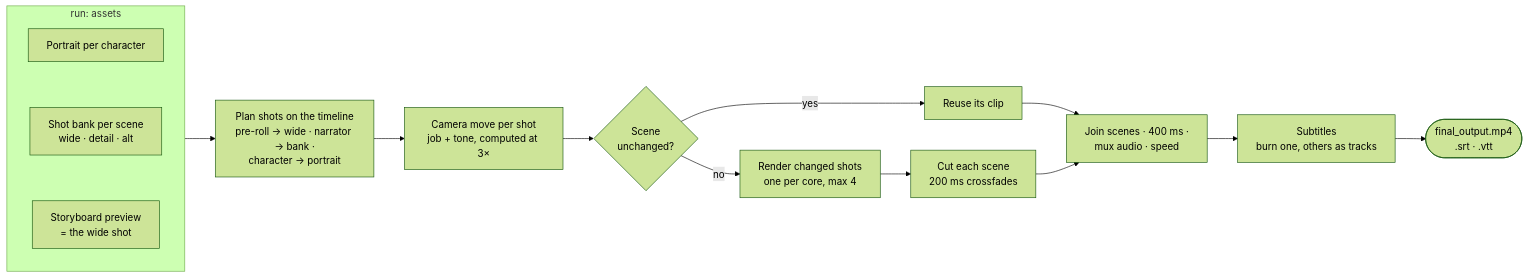
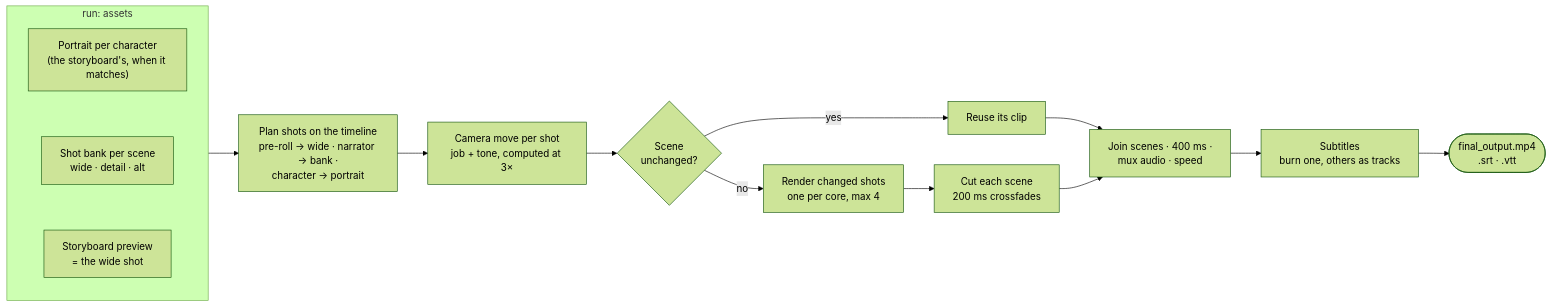
One commit to saad-dafinitiq/Project-Dastango changed the sixth of 9 diagrams in docs/AGENTS.md. Above: the diagram before and after it, drawn with Mermaid (forest theme). The commit also changed other lines of this file and 19 other files, not shown here.

````diff
--- a/docs/AGENTS.md
+++ b/docs/AGENTS.md
@@ -277,22 +277,22 @@
 ```mermaid
 flowchart LR
     subgraph assets["run: assets"]
         direction TB
-        port["Portrait per character"] ~~~ bank["Shot bank per scene<br/>wide · detail · alt"] ~~~ reuse["Storyboard preview<br/>= the wide shot"]
+        port["Portrait per character<br/>(the storyboard's, when it matches)"] ~~~ bank["Shot bank per scene<br/>wide · detail · alt"] ~~~ reuse["Storyboard preview<br/>= the wide shot"]
     end
 
     planS["Plan shots on the timeline<br/>pre-roll → wide · narrator → bank ·<br/>character → portrait"]
     move["Camera move per shot<br/>job + tone, computed at 3×"]
     sig{"Scene<br/>unchanged?"}
     keep["Reuse its clip"]
     pool["Render changed shots<br/>one per core, max 4"]
     assemble["Cut each scene<br/>200 ms crossfades"]
     film["Join scenes · 400 ms ·<br/>mux audio · speed"]
     subs["Subtitles<br/>burn one, others as tracks"]
     out(["final_output.mp4<br/>.srt · .vtt"])
 
     assets --> planS --> move --> sig
     sig -- "yes" --> keep --> film
     sig -- "no" --> pool --> assemble --> film
     film --> subs --> out
 ```
````
